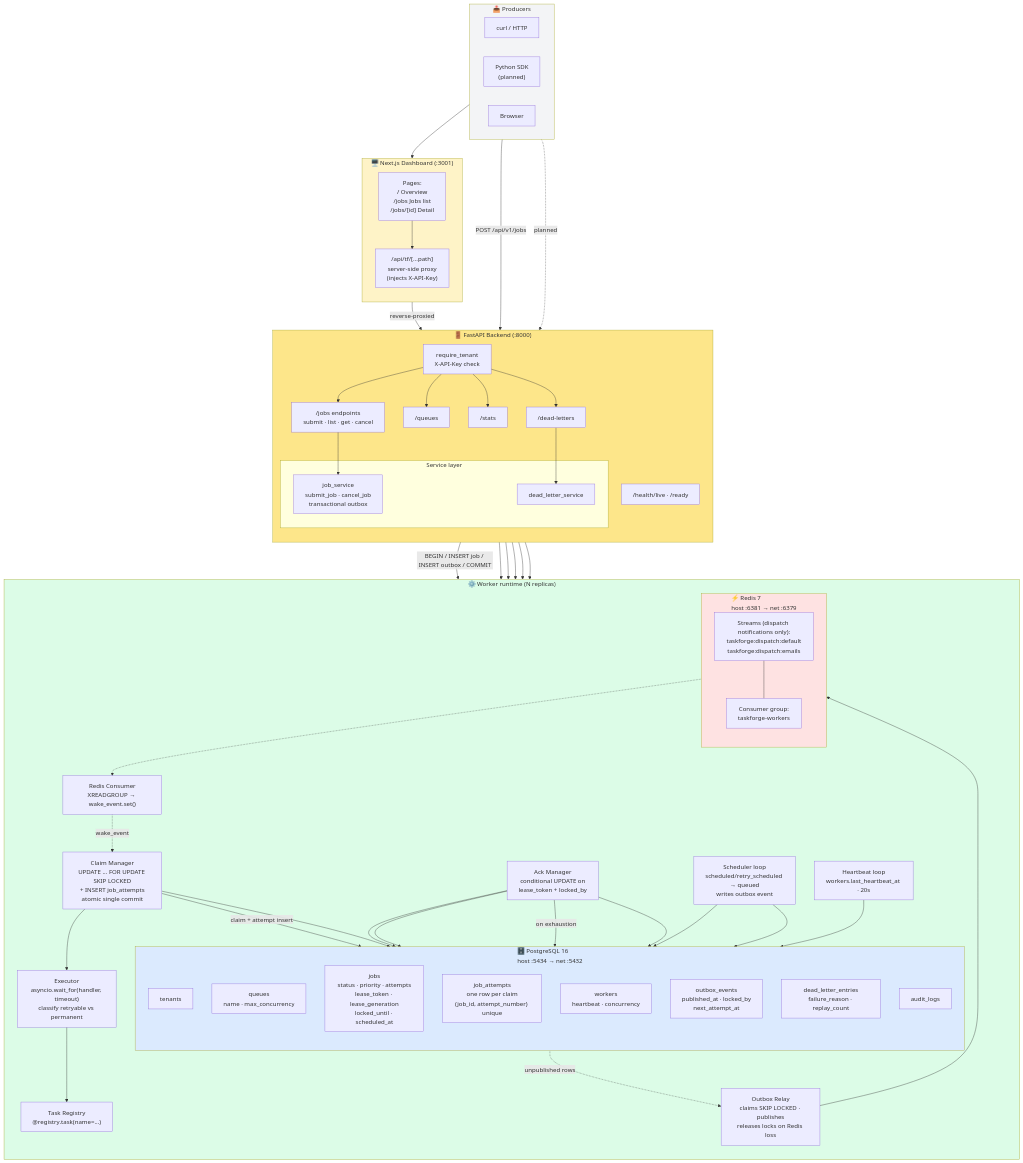
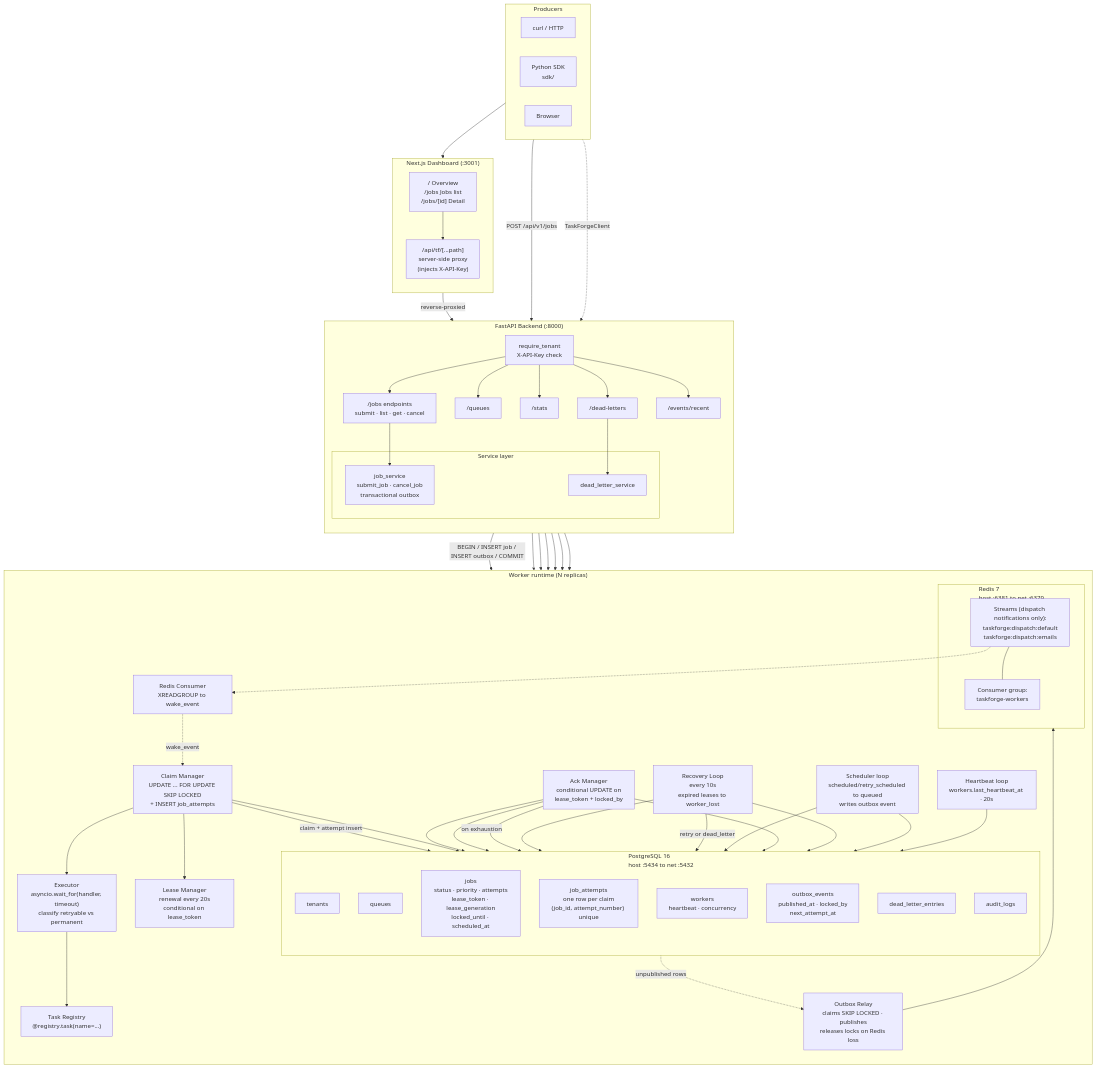
The first of 5 diagrams in README.md (Olufemooshegs/taskforge), drawn with Mermaid before and after one commit. The commit also changed other lines of this file, not shown here.

````diff
--- a/README.md
+++ b/README.md
@@ -61,27 +208,27 @@
 ```mermaid
 flowchart TB
-    subgraph Producers["📤 Producers"]
+    subgraph Producers["Producers"]
         direction LR
         Curl["curl / HTTP"]
-        SDK["Python SDK<br/>(planned)"]
+        SDK["Python SDK<br/>sdk/"]
         Browser["Browser"]
     end
 
-    subgraph Dashboard["🖥️ Next.js Dashboard (:3001)"]
+    subgraph Dashboard["Next.js Dashboard (:3001)"]
         direction TB
-        Pages["Pages:<br/>/ Overview<br/>/jobs Jobs list<br/>/jobs/[id] Detail"]
+        Pages["/ Overview<br/>/jobs Jobs list<br/>/jobs/[id] Detail"]
         Proxy["/api/tf/[...path]<br/>server-side proxy<br/>(injects X-API-Key)"]
         Pages --> Proxy
     end
 
-    subgraph API["🚪 FastAPI Backend (:8000)"]
+    subgraph API["FastAPI Backend (:8000)"]
         direction TB
         Auth["require_tenant<br/>X-API-Key check"]
         JobsEP["/jobs endpoints<br/>submit · list · get · cancel"]
         QueueEP["/queues"]
         StatsEP["/stats"]
         DLEP["/dead-letters"]
-        HealthEP["/health/live · /ready"]
+        EventsEP["/events/recent"]
         Proxy -->|"reverse-proxied"| Auth
 
         subgraph Services["Service layer"]
@@ -92,51 +239,55 @@
         Auth --> QueueEP
         Auth --> StatsEP
         Auth --> DLEP
+        Auth --> EventsEP
         JobsEP --> JobSvc
         DLEP --> DLSvc
     end
 
-    subgraph DB["🗄️ PostgreSQL 16<br/>host :5434 → net :5432"]
+    subgraph DB["PostgreSQL 16<br/>host :5434 to net :5432"]
         direction TB
         T_Tenants["tenants"]
-        T_Queues["queues<br/>name · max_concurrency"]
+        T_Queues["queues"]
         T_Jobs["jobs<br/>status · priority · attempts<br/>lease_token · lease_generation<br/>locked_until · scheduled_at"]
         T_Attempts["job_attempts<br/>one row per claim<br/>(job_id, attempt_number) unique"]
         T_Workers["workers<br/>heartbeat · concurrency"]
         T_Outbox["outbox_events<br/>published_at · locked_by<br/>next_attempt_at"]
-        T_DLQ["dead_letter_entries<br/>failure_reason · replay_count"]
+        T_DLQ["dead_letter_entries"]
         T_Audit["audit_logs"]
     end
 
-    subgraph Redis["⚡ Redis 7<br/>host :6381 → net :6379"]
-        direction TB
+    subgraph Redis["Redis 7<br/>host :6381 to net :6379"]
         Streams["Streams (dispatch notifications only):<br/>taskforge:dispatch:default<br/>taskforge:dispatch:emails"]
         Groups["Consumer group:<br/>taskforge-workers"]
         Streams --- Groups
     end
 
-    subgraph Worker["⚙️ Worker runtime (N replicas)"]
+    subgraph Worker["Worker runtime (N replicas)"]
         direction TB
-        Claim["Claim Manager<br/>UPDATE ... FOR UPDATE SKIP LOCKED<br/>+ INSERT job_attempts<br/>atomic single commit"]
+        Claim["Claim Manager<br/>UPDATE ... FOR UPDATE SKIP LOCKED<br/>+ INSERT job_attempts"]
+        Renew["Lease Manager<br/>renewal every 20s<br/>conditional on lease_token"]
+        Reap["Recovery Loop<br/>every 10s<br/>expired leases to worker_lost"]
         Exec["Executor<br/>asyncio.wait_for(handler, timeout)<br/>classify retryable vs permanent"]
         Ack["Ack Manager<br/>conditional UPDATE on<br/>lease_token + locked_by"]
         Reg["Task Registry<br/>@registry.task(name=...)"]
-        Sched["Scheduler loop<br/>scheduled/retry_scheduled → queued<br/>writes outbox event"]
+        Sched["Scheduler loop<br/>scheduled/retry_scheduled to queued<br/>writes outbox event"]
         Relay["Outbox Relay<br/>claims SKIP LOCKED · publishes<br/>releases locks on Redis loss"]
-        Cons["Redis Consumer<br/>XREADGROUP → wake_event.set()"]
+        Cons["Redis Consumer<br/>XREADGROUP to wake_event"]
         HB["Heartbeat loop<br/>workers.last_heartbeat_at · 20s"]
 
         Cons -.->|"wake_event"| Claim
         Claim --> Exec
+        Claim --> Renew
         Exec --> Reg
         Ack --> DB
+        Reap --> DB
         Sched --> DB
         Relay --> Redis
         HB --> DB
     end
 
     Curl -->|"POST /api/v1/jobs"| Auth
-    SDK -.->|"planned"| Auth
+    SDK -.->|"TaskForgeClient"| Auth
     Browser --> Pages
 
     JobSvc -->|"BEGIN / INSERT job / INSERT outbox / COMMIT"| T_Jobs
@@ -145,6 +296,7 @@
     StatsEP --> T_Jobs
     StatsEP --> T_Workers
     StatsEP --> T_Queues
+    EventsEP --> T_Attempts
 
     T_Outbox -.->|"unpublished rows"| Relay
     Streams -.-> Cons
@@ -153,12 +305,7 @@
     Ack --> T_Jobs
     Ack --> T_Attempts
     Ack -->|"on exhaustion"| T_DLQ
+    Reap --> T_Attempts
+    Reap -->|"retry or dead_letter"| T_Jobs
     Sched --> T_Outbox
-
-    style Producers fill:#f3f4f6
-    style Dashboard fill:#fef3c7
-    style API fill:#fde68a
-    style DB fill:#dbeafe
-    style Redis fill:#fee2e2
-    style Worker fill:#dcfce7
 ```
````
